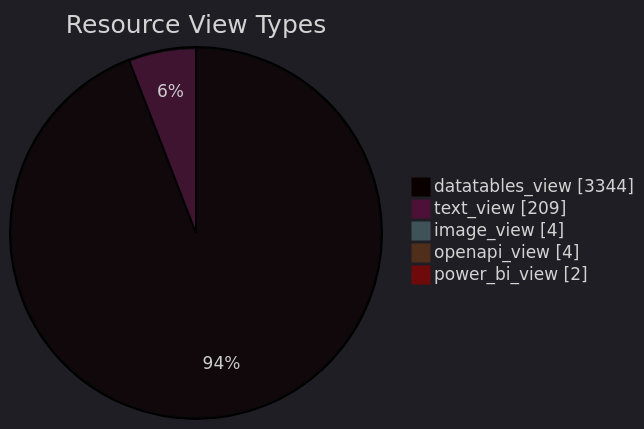
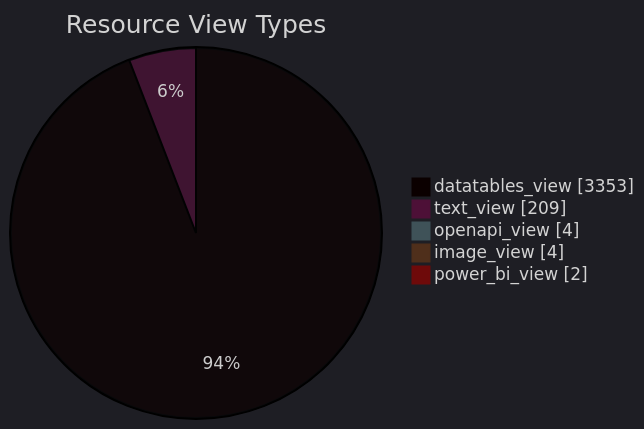
The diagram in datastore_tracker/resource_view_types_pie_chart.md (open-data/analytics-corporate-reporting), drawn with Mermaid before and after one commit. The commit also changed 9 other files, not shown here.

````diff
--- a/datastore_tracker/resource_view_types_pie_chart.md
+++ b/datastore_tracker/resource_view_types_pie_chart.md
@@ -2,12 +2,12 @@
 ```mermaid
 ---
 config:
   theme: dark
 ---
 pie showData title Resource View Types
-    "datatables_view": 3344
+    "datatables_view": 3353
     "text_view": 209
+    "openapi_view": 4
     "image_view": 4
-    "openapi_view": 4
     "power_bi_view": 2
 ```
````
